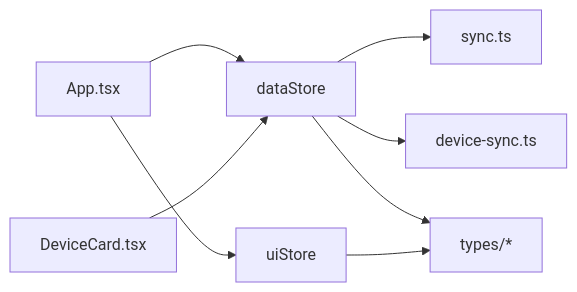
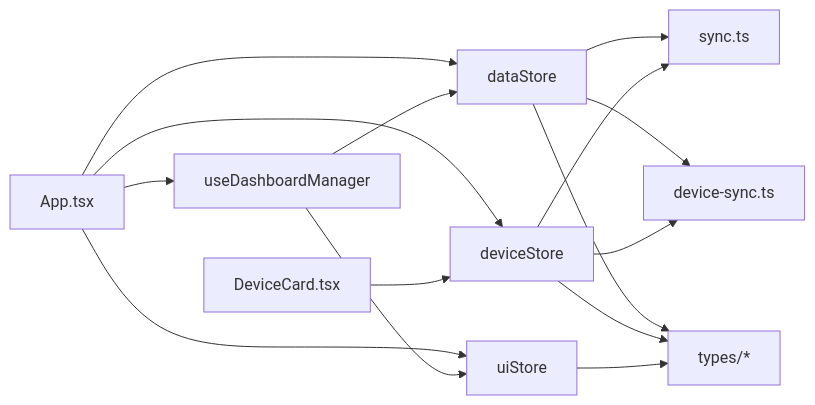
The eighth of 8 diagrams in .qoder/repowiki/zh/content/状态管理/状态管理.md (skyeyinkun/HAUI), drawn with Mermaid before and after one commit. The commit also changed other lines of this file and 14 other files, not shown here.

````diff
--- a/.qoder/repowiki/zh/content/状态管理/状态管理.md
+++ b/.qoder/repowiki/zh/content/状态管理/状态管理.md
@@ -297,10 +422,17 @@
 ```mermaid
 graph LR
 APP["App.tsx"] --> DS["dataStore"]
 APP --> US["uiStore"]
+APP --> DVS["deviceStore"]
+APP --> DD["useDashboardManager"]
 DS --> SYNC["sync.ts"]
+DVS --> SYNC
 DS --> DEVSYNC["device-sync.ts"]
+DVS --> DEVSYNC
 DS --> TYPES["types/*"]
+DVS --> TYPES
 US --> TYPES
-CARD["DeviceCard.tsx"] --> DS
+CARD["DeviceCard.tsx"] --> DVS
+DD --> DS
+DD --> US
 ```
````
